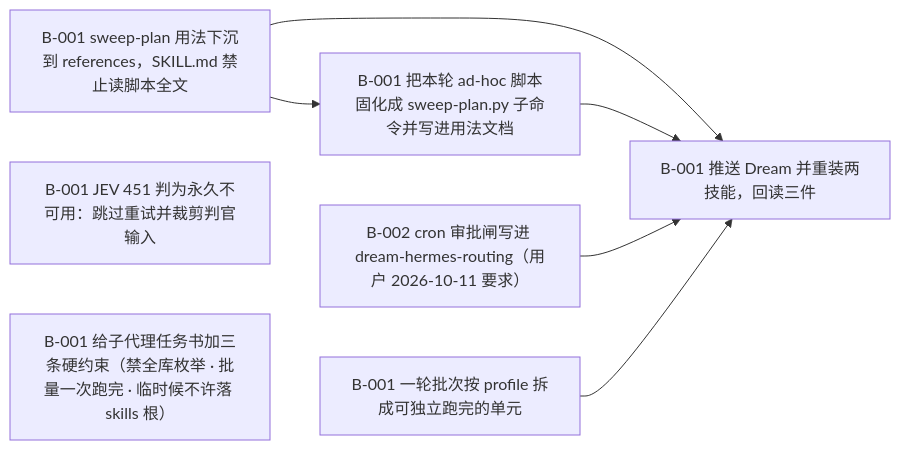
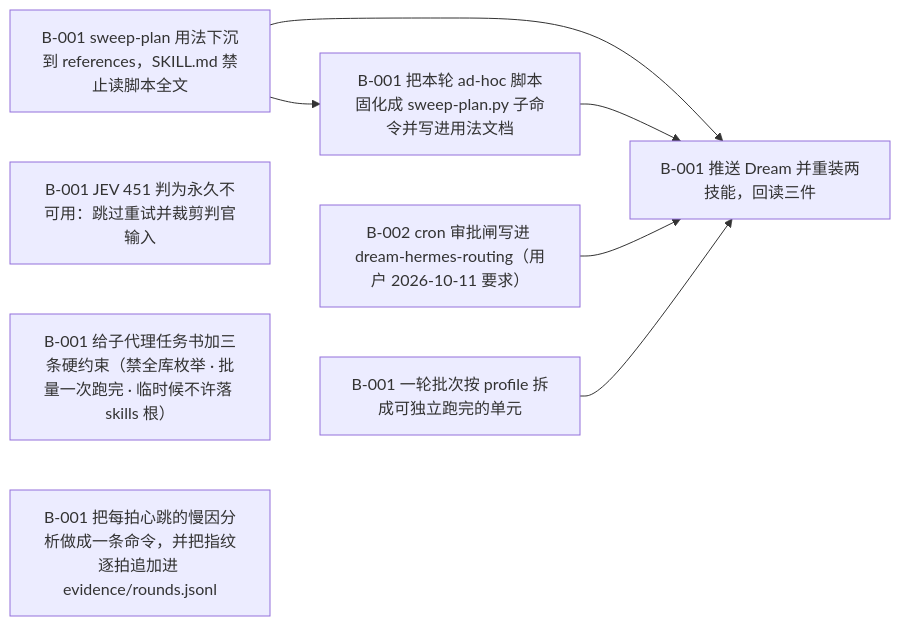
One commit to flmaximwang/Dream changed the diagram in plans/dream-perf/PLAN.md. Above: the diagram before and after it, drawn with Mermaid. The commit also changed other lines of this file and 5 other files, not shown here.

````diff
--- a/plans/dream-perf/PLAN.md
+++ b/plans/dream-perf/PLAN.md
@@ -19,19 +19,22 @@
 ```mermaid
 flowchart LR
   T-001_B-001["B-001 sweep-plan 用法下沉到 references，SKILL.md 禁止读脚本全文"]
   T-002_B-001["B-001 把本轮 ad-hoc 脚本固化成 sweep-plan.py 子命令并写进用法文档"]
   T-003_B-001["B-001 JEV 451 判为永久不可用：跳过重试并裁剪判官输入"]
   T-003_B-002["B-002 cron 审批闸写进 dream-hermes-routing（用户 2026-10-11 要求）"]
   T-004_B-001["B-001 一轮批次按 profile 拆成可独立跑完的单元"]
   T-005_B-001["B-001 推送 Dream 并重装两技能，回读三件"]
   T-006_B-001["B-001 给子代理任务书加三条硬约束（禁全库枚举 · 批量一次跑完 · 临时候不许落 skills 根）"]
+  T-007_B-001["B-001 把每拍心跳的慢因分析做成一条命令，并把指纹逐拍追加进 evidence/rounds.jsonl"]
   T-001_B-001 --> T-002_B-001
   T-001_B-001 --> T-005_B-001
   T-002_B-001 --> T-005_B-001
   T-003_B-002 --> T-005_B-001
   T-004_B-001 --> T-005_B-001
   classDef ready stroke-width:1px;
   class T-001_B-001,T-003_B-001,T-003_B-002,T-004_B-001,T-006_B-001 ready;
   classDef waiting stroke-width:1px;
   class T-002_B-001,T-005_B-001 waiting;
+  classDef done stroke-width:1px;
+  class T-007_B-001 done;
 ```
````
